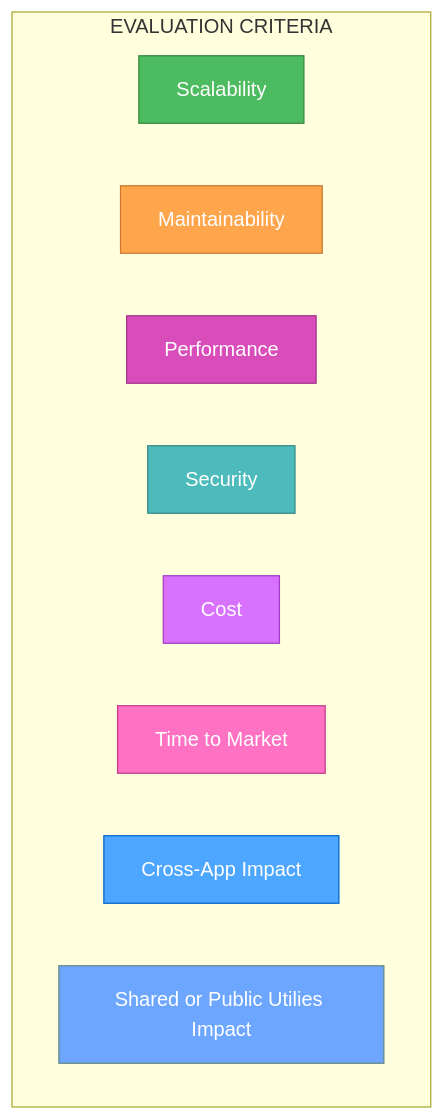
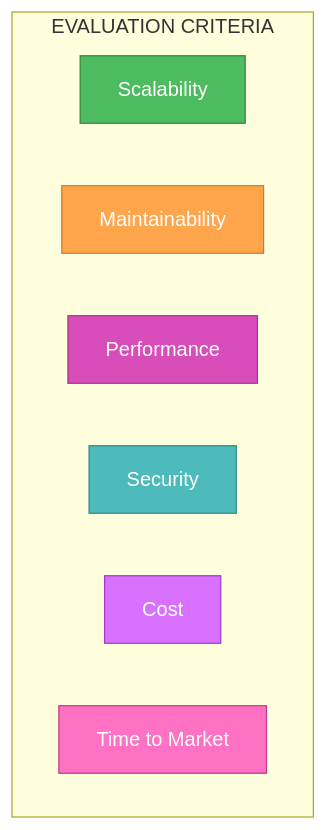
Before and after one commit to taddyorg/inkverse: the second of 6 diagrams in .cursor/rules/isolation_rules/Phases/CreativePhase/creative-phase-architecture.mdc, drawn with Mermaid. The commit also changed other lines of this file and 19 other files, not shown here.

````diff
--- a/.cursor/rules/isolation_rules/Phases/CreativePhase/creative-phase-architecture.mdc
+++ b/.cursor/rules/isolation_rules/Phases/CreativePhase/creative-phase-architecture.mdc
@@ -133,22 +85,18 @@
 ```mermaid
 graph TD
     subgraph "EVALUATION CRITERIA"
     C1["Scalability"]
     C2["Maintainability"]
     C3["Performance"]
     C4["Security"]
     C5["Cost"]
     C6["Time to Market"]
-    C7["Cross-App Impact"]
-    C8["Shared or Public Utilies Impact"]
     end
     
     style C1 fill:#4dbb5f,stroke:#36873f,color:white
     style C2 fill:#ffa64d,stroke:#cc7a30,color:white
     style C3 fill:#d94dbb,stroke:#a3378a,color:white
     style C4 fill:#4dbbbb,stroke:#368787,color:white
     style C5 fill:#d971ff,stroke:#a33bc2,color:white
     style C6 fill:#ff71c2,stroke:#c23b8a,color:white
-    style C7 fill:#4da6ff,stroke:#0066cc,color:white
-    style C8 fill:#6da6ff,stroke:#668787,color:white
 ```
````
